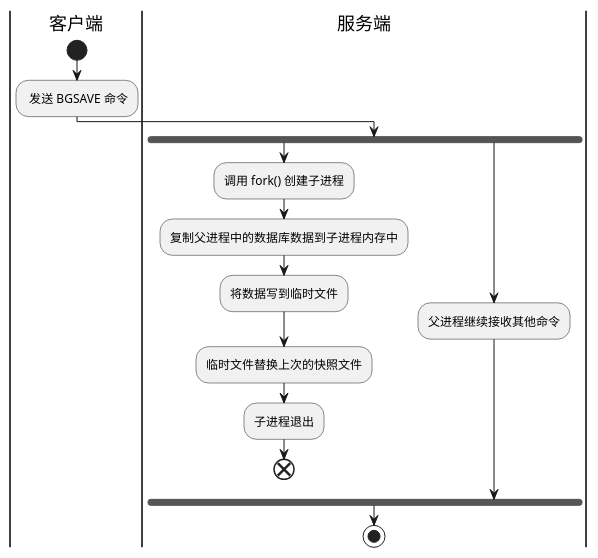
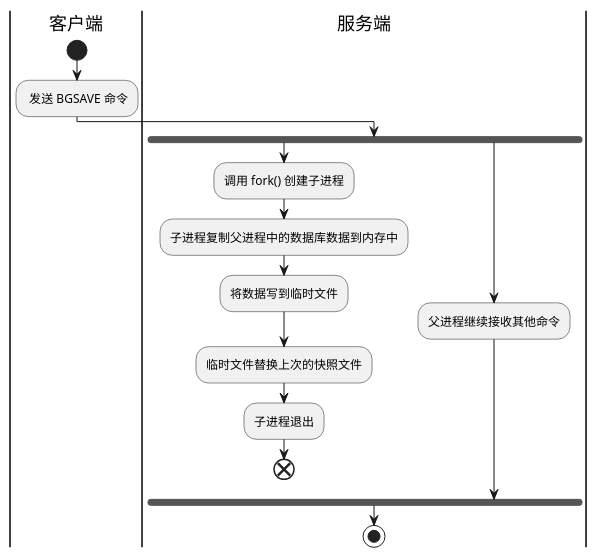
The diagram in doc/Redis-RDB.puml (JL-Code/thinking-in-java), drawn with PlantUML before and after one commit.

Commit message:
chore: 修改redis-rdb文案描述

```diff
--- a/doc/Redis-RDB.puml
+++ b/doc/Redis-RDB.puml
@@ -1,18 +1,18 @@
 @startuml
 'https://plantuml.com/activity-diagram-beta
 |客户端|
 start
 : 发送 BGSAVE 命令;
 |服务端|
 fork
     :调用 fork() 创建子进程;
-    :复制父进程中的数据库数据到子进程内存中;
+    :子进程复制父进程中的数据库数据到内存中;
     :将数据写到临时文件;
     :临时文件替换上次的快照文件;
     :子进程退出;
     end
 fork again
     :父进程继续接收其他命令;
 end fork
 stop
 @enduml
```
